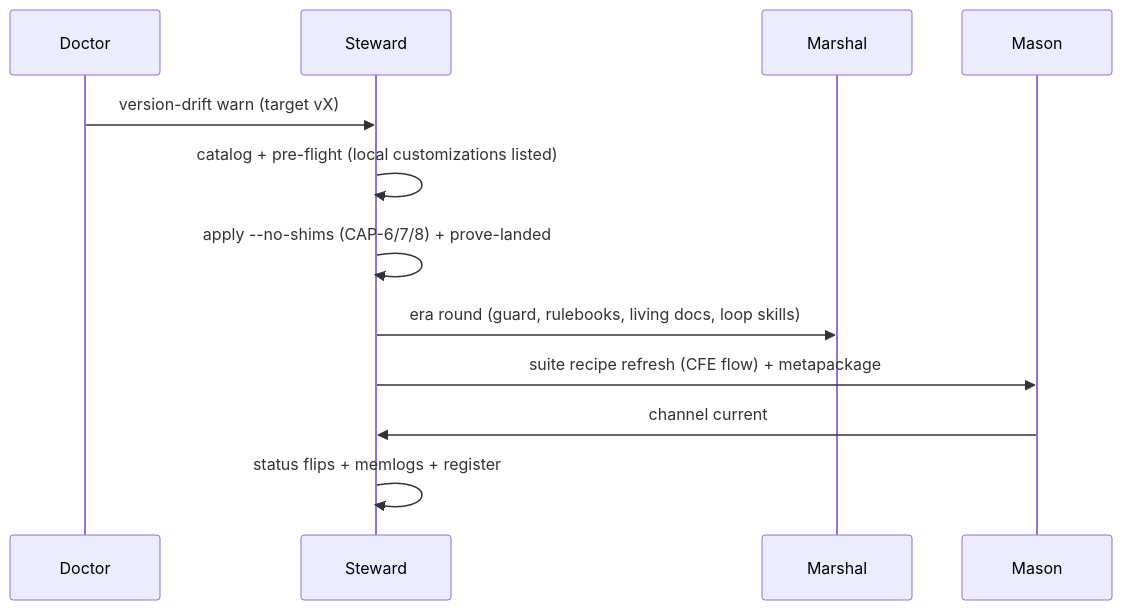
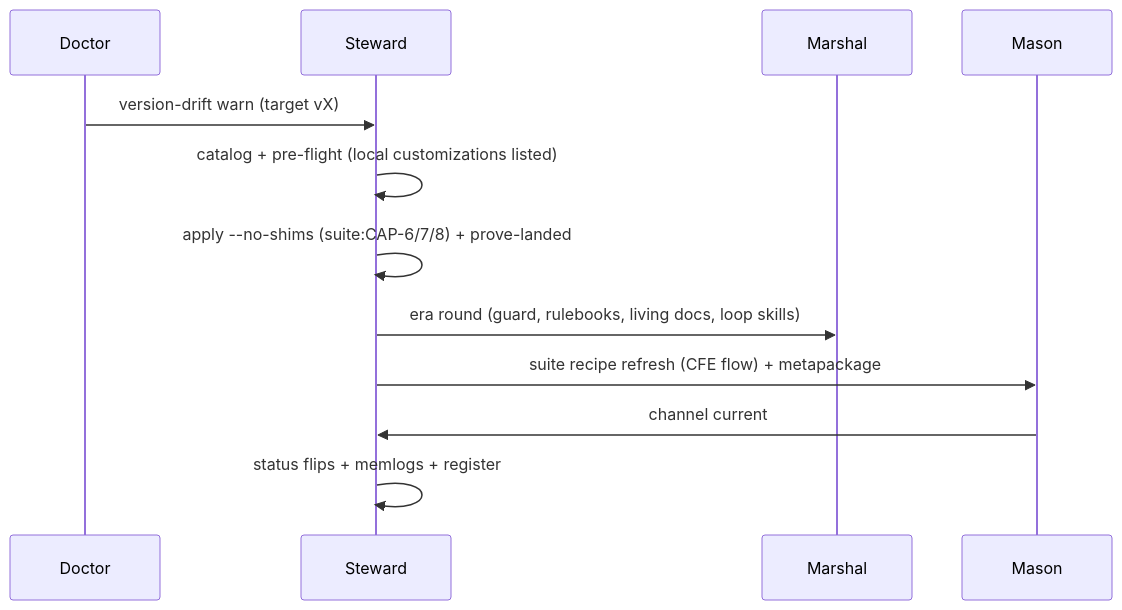
One commit to rxm7706/local-recipes changed the ninth of 11 diagrams in _bmad-output/projects/pyforge-steward/planning-artifacts/architecture/architecture-pyforge-steward-2026-07-25/ARCHITECTURE-SPINE.md. Above: the diagram before and after it, drawn with Mermaid. The commit also changed other lines of this file and 22 other files, not shown here.

````diff
--- a/_bmad-output/projects/pyforge-steward/planning-artifacts/architecture/architecture-pyforge-steward-2026-07-25/ARCHITECTURE-SPINE.md
+++ b/_bmad-output/projects/pyforge-steward/planning-artifacts/architecture/architecture-pyforge-steward-2026-07-25/ARCHITECTURE-SPINE.md
@@ -1614,14 +1614,14 @@
 ```mermaid
 sequenceDiagram
   participant D as Doctor
   participant S as Steward
   participant M as Marshal
   participant Ma as Mason
   D->>S: version-drift warn (target vX)
   S->>S: catalog + pre-flight (local customizations listed)
-  S->>S: apply --no-shims (CAP-6/7/8) + prove-landed
+  S->>S: apply --no-shims (suite:CAP-6/7/8) + prove-landed
   S->>M: era round (guard, rulebooks, living docs, loop skills)
   S->>Ma: suite recipe refresh (CFE flow) + metapackage
   Ma->>S: channel current
   S->>S: status flips + memlogs + register
 ```
````
